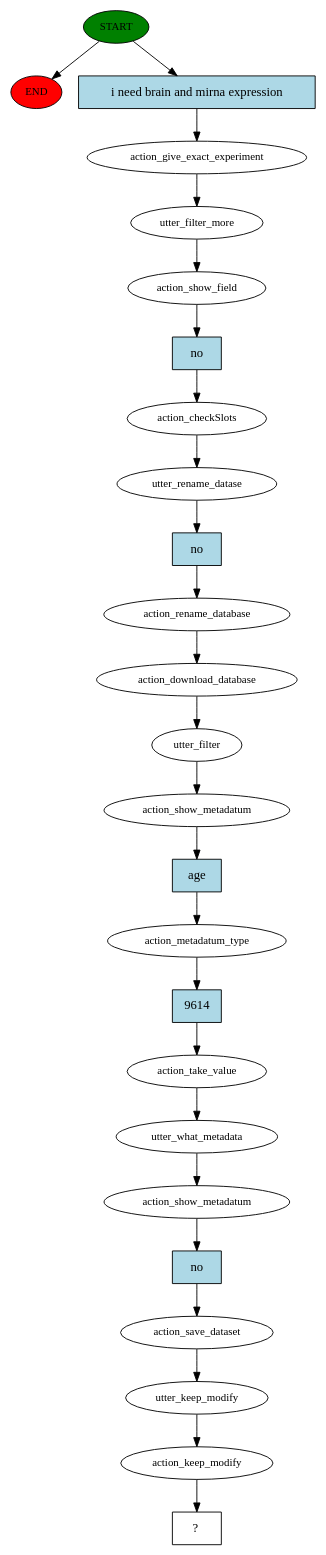
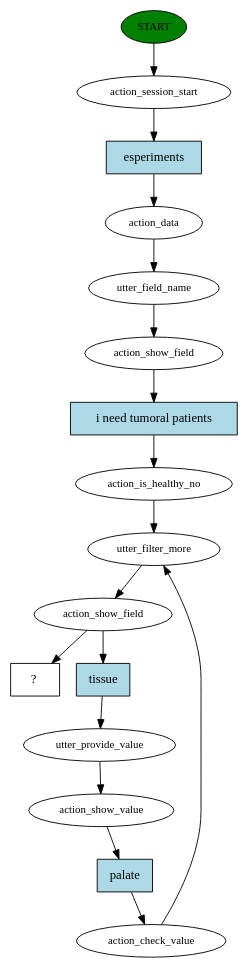
Before and after one commit to attgua/Geco: the diagram in backend/geco/story_graph.dot, drawn with Graphviz. The commit also changed 61 other files, not shown here.

```diff
--- a/backend/geco/story_graph.dot
+++ b/backend/geco/story_graph.dot
@@ -1,51 +1,34 @@
 digraph  {
 0 [class="start active", fillcolor=green, fontsize=12, label=START, style=filled];
-"-1" [class=end, fillcolor=red, fontsize=12, label=END, style=filled];
-1 [class=active, fontsize=12, label=action_give_exact_experiment];
-2 [class=active, fontsize=12, label=utter_filter_more];
-3 [class=active, fontsize=12, label=action_show_field];
-4 [class=active, fontsize=12, label=action_checkSlots];
-5 [class=active, fontsize=12, label=utter_rename_datase];
-6 [class=active, fontsize=12, label=action_rename_database];
-7 [class=active, fontsize=12, label=action_download_database];
-8 [class=active, fontsize=12, label=utter_filter];
-9 [class=active, fontsize=12, label=action_show_metadatum];
-10 [class=active, fontsize=12, label=action_metadatum_type];
-11 [class=active, fontsize=12, label=action_take_value];
-12 [class=active, fontsize=12, label=utter_what_metadata];
-13 [class=active, fontsize=12, label=action_show_metadatum];
-14 [class=active, fontsize=12, label=action_save_dataset];
-15 [class=active, fontsize=12, label=utter_keep_modify];
-16 [class=active, fontsize=12, label=action_keep_modify];
-17 [class="intent dashed active", label="  ?  ", shape=rect];
-18 [class="intent active", fillcolor=lightblue, label="i need brain and mirna expression", shape=rect, style=filled];
-19 [class="intent active", fillcolor=lightblue, label=no, shape=rect, style=filled];
-20 [class="intent active", fillcolor=lightblue, label=no, shape=rect, style=filled];
-21 [class="intent active", fillcolor=lightblue, label=age, shape=rect, style=filled];
-22 [class="intent active", fillcolor=lightblue, label=9614, shape=rect, style=filled];
-23 [class="intent active", fillcolor=lightblue, label=no, shape=rect, style=filled];
-0 -> "-1"  [class="", key=NONE, label=""];
-0 -> 18  [class=active, key=0];
-1 -> 2  [class=active, key=NONE, label=""];
+1 [class=active, fontsize=12, label=action_session_start];
+2 [class=active, fontsize=12, label=action_data];
+3 [class=active, fontsize=12, label=utter_field_name];
+4 [class=active, fontsize=12, label=action_show_field];
+5 [class=active, fontsize=12, label=action_is_healthy_no];
+6 [class=active, fontsize=12, label=utter_filter_more];
+7 [class=active, fontsize=12, label=action_show_field];
+8 [class=active, fontsize=12, label=utter_provide_value];
+9 [class=active, fontsize=12, label=action_show_value];
+10 [class=active, fontsize=12, label=action_check_value];
+13 [class="intent dashed active", label="  ?  ", shape=rect];
+14 [class="intent active", fillcolor=lightblue, label=esperiments, shape=rect, style=filled];
+15 [class="intent active", fillcolor=lightblue, label="i need tumoral patients", shape=rect, style=filled];
+16 [class="intent active", fillcolor=lightblue, label=tissue, shape=rect, style=filled];
+17 [class="intent active", fillcolor=lightblue, label=palate, shape=rect, style=filled];
+0 -> 1  [class=active, key=NONE, label=""];
+1 -> 14  [class=active, key=0];
 2 -> 3  [class=active, key=NONE, label=""];
-3 -> 19  [class=active, key=0];
-4 -> 5  [class=active, key=NONE, label=""];
-5 -> 20  [class=active, key=0];
+3 -> 4  [class=active, key=NONE, label=""];
+4 -> 15  [class=active, key=0];
+5 -> 6  [class=active, key=NONE, label=""];
 6 -> 7  [class=active, key=NONE, label=""];
-7 -> 8  [class=active, key=NONE, label=""];
+7 -> 13  [class=active, key=NONE, label=""];
+7 -> 16  [class=active, key=0];
 8 -> 9  [class=active, key=NONE, label=""];
-9 -> 21  [class=active, key=0];
-10 -> 22  [class=active, key=0];
-11 -> 12  [class=active, key=NONE, label=""];
-12 -> 13  [class=active, key=NONE, label=""];
-13 -> 23  [class=active, key=0];
-14 -> 15  [class=active, key=NONE, label=""];
-15 -> 16  [class=active, key=NONE, label=""];
-16 -> 17  [class=active, key=NONE, label=""];
-18 -> 1  [class=active, key=0];
-19 -> 4  [class=active, key=0];
-20 -> 6  [class=active, key=0];
-21 -> 10  [class=active, key=0];
-22 -> 11  [class=active, key=0];
-23 -> 14  [class=active, key=0];
+9 -> 17  [class=active, key=0];
+10 -> 6  [class=active, key=NONE, label=""];
+14 -> 2  [class=active, key=0];
+15 -> 5  [class=active, key=0];
+16 -> 8  [class=active, key=0];
+17 -> 10  [class=active, key=0];
 }
```
